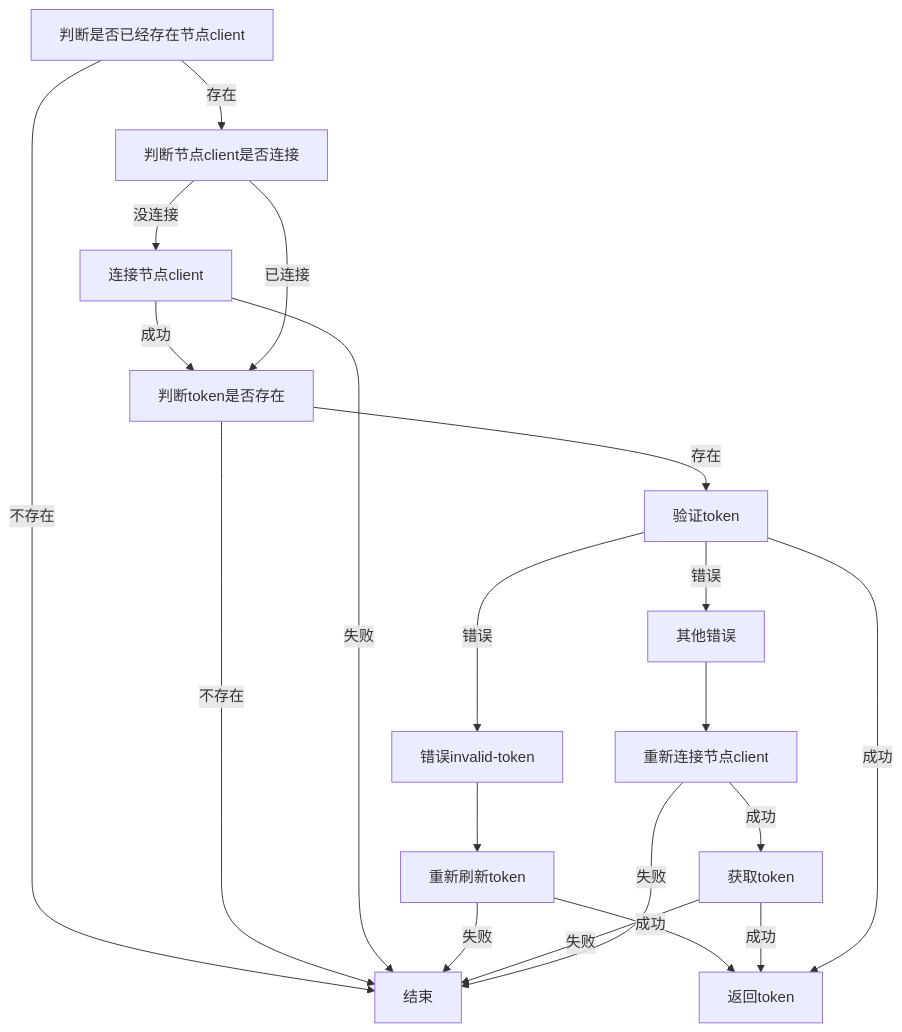
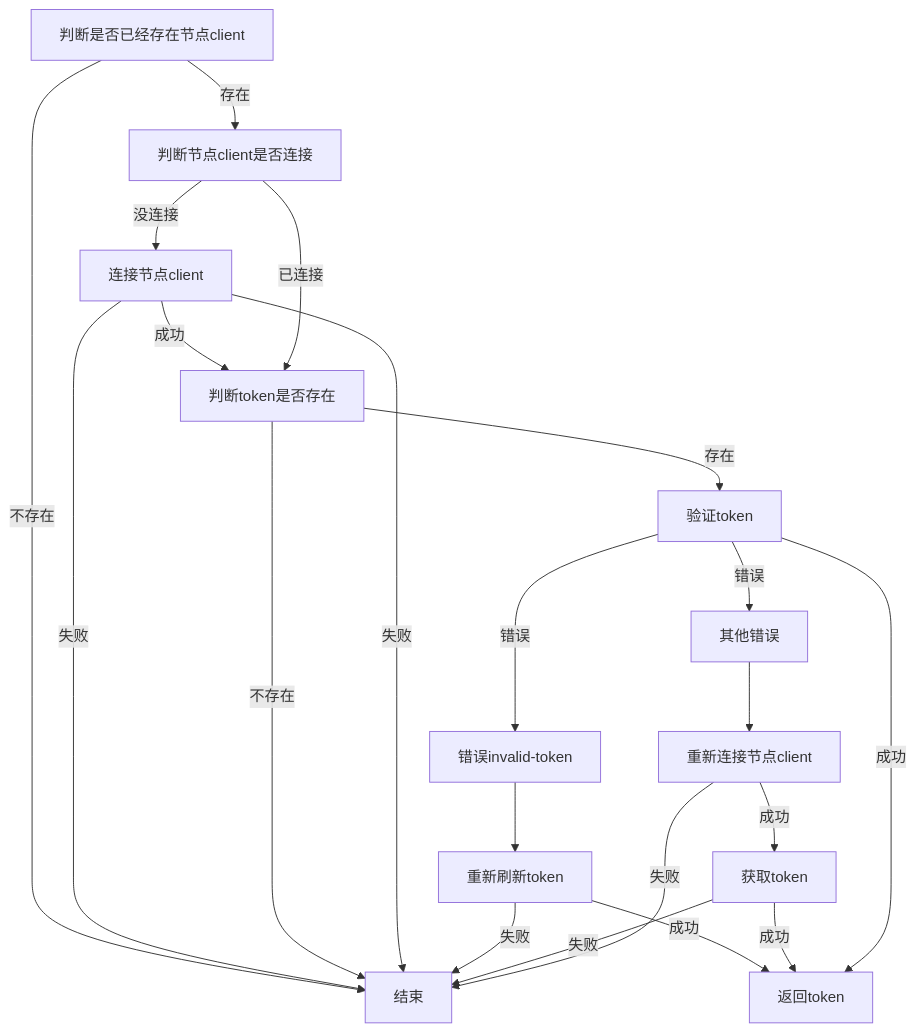
Before and after one commit to dcnetio/web-dc-api: the fifth of 6 diagrams in 初始化逻辑.md, drawn with Mermaid.

Commit message:
流程

````diff
--- a/初始化逻辑.md
+++ b/初始化逻辑.md
@@ -49,20 +49,21 @@
 ```mermaid
 graph TD
 判断是否已经存在节点client -- 不存在 --> 结束
 判断是否已经存在节点client -- 存在 --> 判断节点client是否连接
 判断节点client是否连接 -- 没连接 --> 连接节点client
 连接节点client -- 成功 --> 判断token是否存在
+连接节点client -- 失败 --> 结束
 判断token是否存在 -- 不存在 --> 结束
 判断token是否存在 -- 存在 --> 验证token 
 连接节点client -- 失败 --> 结束
 判断节点client是否连接 -- 已连接 --> 判断token是否存在
 验证token -- 错误 --> 错误invalid-token --> 重新刷新token
 重新刷新token -- 成功 --> 返回token
 重新刷新token -- 失败 --> 结束
 验证token -- 错误 --> 其他错误 --> 重新连接节点client
 重新连接节点client -- 成功 --> 获取token
 获取token -- 成功 --> 返回token
 获取token -- 失败 --> 结束
 重新连接节点client -- 失败 --> 结束
 验证token -- 成功 --> 返回token
 ```
````
